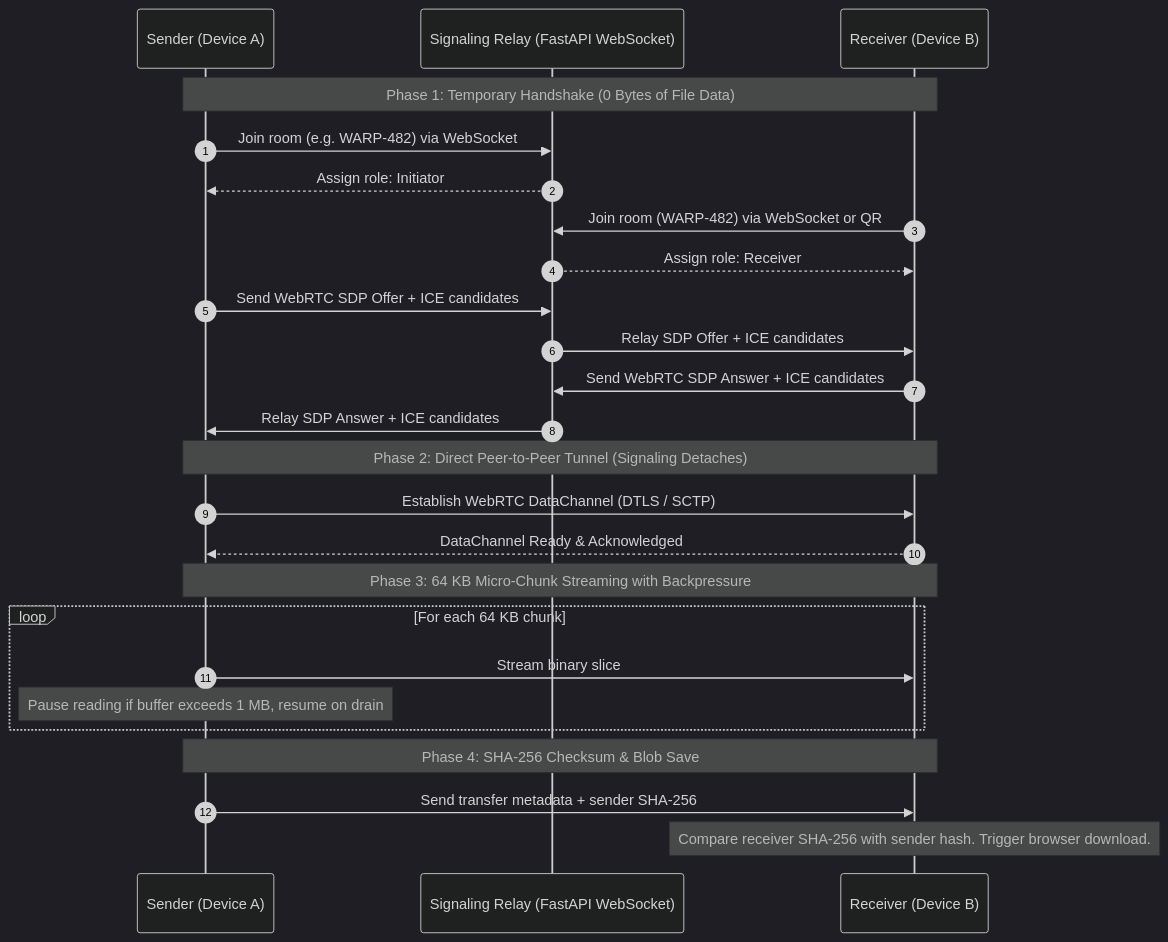
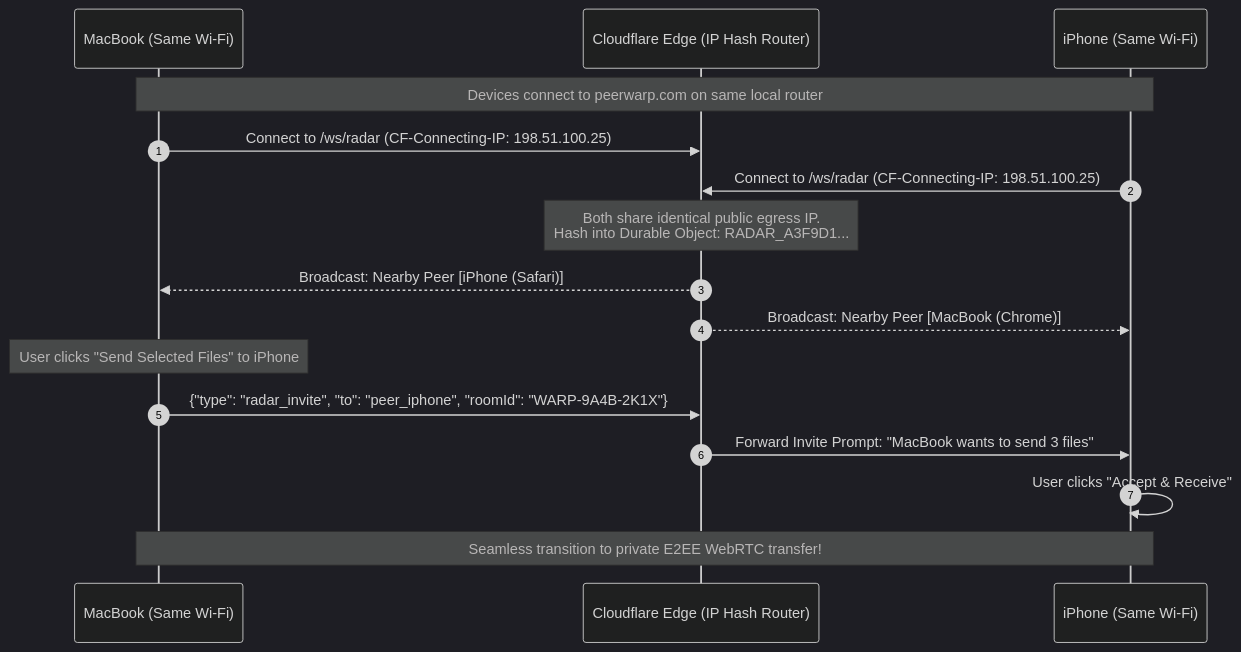
Before and after one commit to AhmedKhalid0/peerwarp: the second of 2 diagrams in README.md, drawn with Mermaid (dark theme). The commit also changed other lines of this file and 2 other files, not shown here.

Commit message:
docs: upgrade README and ARCHITECTURE to production showcase standards, update CI workflow

````diff
--- a/README.md
+++ b/README.md
@@ -71,31 +135,20 @@
 ```mermaid
 sequenceDiagram
     autonumber
-    participant A as Sender (Device A)
-    participant S as Signaling Relay (FastAPI WebSocket)
-    participant B as Receiver (Device B)
+    participant A as MacBook (Same Wi-Fi)
+    participant Edge as Cloudflare Edge (IP Hash Router)
+    participant B as iPhone (Same Wi-Fi)
 
-    Note over A,B: Phase 1: Temporary Handshake (0 Bytes of File Data)
-    A->>S: Join room (e.g. WARP-482) via WebSocket
-    S-->>A: Assign role: Initiator
-    B->>S: Join room (WARP-482) via WebSocket or QR
-    S-->>B: Assign role: Receiver
-    A->>S: Send WebRTC SDP Offer + ICE candidates
-    S->>B: Relay SDP Offer + ICE candidates
-    B->>S: Send WebRTC SDP Answer + ICE candidates
-    S->>A: Relay SDP Answer + ICE candidates
+    Note over A,B: Devices connect to peerwarp.com on same local router
+    A->>Edge: Connect to /ws/radar (CF-Connecting-IP: 198.51.100.25)
+    B->>Edge: Connect to /ws/radar (CF-Connecting-IP: 198.51.100.25)
+    Note over Edge: Both share identical public egress IP.<br/>Hash into Durable Object: RADAR_A3F9D1...
+    Edge-->>A: Broadcast: Nearby Peer [iPhone (Safari)]
+    Edge-->>B: Broadcast: Nearby Peer [MacBook (Chrome)]
 
-    Note over A,B: Phase 2: Direct Peer-to-Peer Tunnel (Signaling Detaches)
-    A->>B: Establish WebRTC DataChannel (DTLS / SCTP)
-    B-->>A: DataChannel Ready & Acknowledged
-
-    Note over A,B: Phase 3: 64 KB Micro-Chunk Streaming with Backpressure
-    loop For each 64 KB chunk
-        A->>B: Stream binary slice
-        Note over A: Pause reading if buffer exceeds 1 MB, resume on drain
-    end
-
-    Note over A,B: Phase 4: SHA-256 Checksum & Blob Save
-    A->>B: Send transfer metadata + sender SHA-256
-    Note over B: Compare receiver SHA-256 with sender hash. Trigger browser download.
+    Note over A: User clicks "Send Selected Files" to iPhone
+    A->>Edge: {"type": "radar_invite", "to": "peer_iphone", "roomId": "WARP-9A4B-2K1X"}
+    Edge->>B: Forward Invite Prompt: "MacBook wants to send 3 files"
+    B->>B: User clicks "Accept & Receive"
+    Note over A,B: Seamless transition to private E2EE WebRTC transfer!
 ```
````
